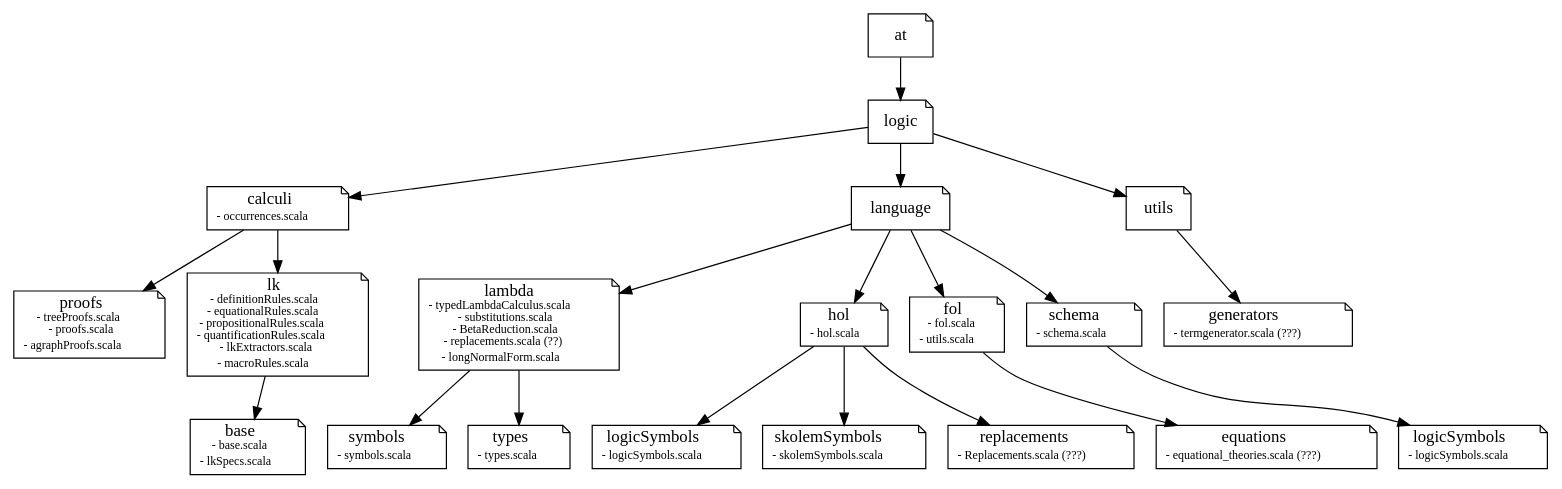
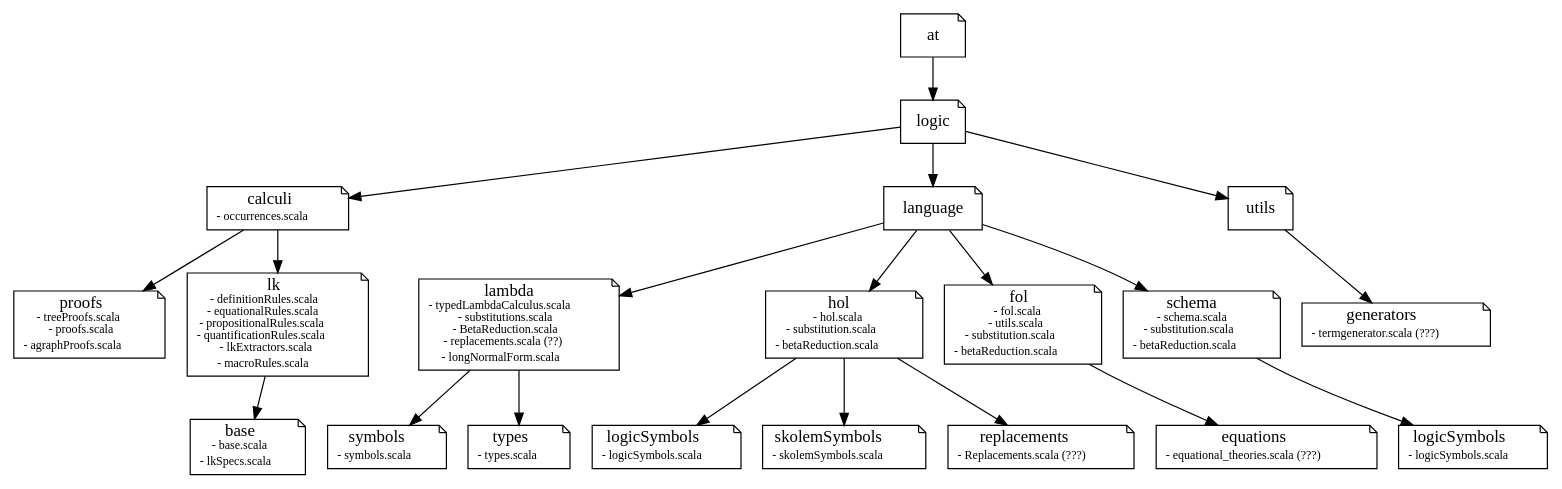
Before and after one commit to mschlaipfer/gapt: the diagram in doc/packages.gv, drawn with Graphviz. The commit also changed 15 other files, not shown here.

Commit message:
Created wrappers for substitution and betaReduction in each layer and removed the type parameter of this function in typedLambdaCalculus.

```diff
--- a/doc/packages.gv
+++ b/doc/packages.gv
@@ -1,37 +1,37 @@
 # Command: dot packages.gv -Tpng > packages.png
 
 digraph G {
   node [shape=note];
   lambda [label=< lambda<br/><font point-size="10pt">- typedLambdaCalculus.scala<br/>- substitutions.scala<br/>- BetaReduction.scala<br/>- replacements.scala (??)<br/>- longNormalForm.scala</font> >]
   symbols [label=< symbols<br/><font point-size="10pt">- symbols.scala</font> >]
   types [label=< types<br/><font point-size="10pt">- types.scala</font> >]
-  hol [label=< hol<br/><font point-size="10pt">- hol.scala</font> >]
+  hol [label=< hol<br/><font point-size="10pt">- hol.scala<br/>- substitution.scala<br/>- betaReduction.scala</font> >]
   logicSymbols [label=< logicSymbols<br/><font point-size="10pt">- logicSymbols.scala</font> >]
   skolemSymbols [label=< skolemSymbols<br/><font point-size="10pt">- skolemSymbols.scala</font> >]
   replacements [label=< replacements<br/><font point-size="10pt">- Replacements.scala (???)</font> >]
-  fol [label=< fol<br/><font point-size="10pt">- fol.scala<br/>- utils.scala</font> >]
+  fol [label=< fol<br/><font point-size="10pt">- fol.scala<br/>- utils.scala<br/>- substitution.scala<br/>- betaReduction.scala</font> >]
   equations [label=< equations<br/><font point-size="10pt">- equational_theories.scala (???)</font> >]
-  schema [label=< schema<br/><font point-size="10pt">- schema.scala</font> >]
+  schema [label=< schema<br/><font point-size="10pt">- schema.scala<br/>- substitution.scala<br/>- betaReduction.scala</font> >]
   logicSymbols_schema [label=< logicSymbols<br/><font point-size="10pt">- logicSymbols.scala</font> >]
   generators [label=< generators<br/><font point-size="10pt">- termgenerator.scala (???)</font> >]
   calculi [label=< calculi<br/><font point-size="10pt">- occurrences.scala</font> >]
   proofs [label=< proofs<br/><font point-size="10pt">- treeProofs.scala<br/>- proofs.scala<br/>- agraphProofs.scala</font> >]
   lk [label=< lk<br/><font point-size="10pt">- definitionRules.scala<br/>- equationalRules.scala<br/>- propositionalRules.scala<br/>- quantificationRules.scala<br/>- lkExtractors.scala<br/>- macroRules.scala</font> >]
   base [label=< base<br/><font point-size="10pt">- base.scala<br/>- lkSpecs.scala</font> >]
   at -> logic -> language -> lambda -> symbols;
   lambda -> types;
   language -> hol;
   hol -> logicSymbols;
   hol -> skolemSymbols;
   hol -> replacements;
   language -> fol;
   fol -> equations;
   language -> schema;
   schema -> logicSymbols_schema;
   logic -> utils;
   utils -> generators;
   logic -> calculi;
   calculi -> proofs;
   calculi -> lk;
   lk -> base;
 }
```
